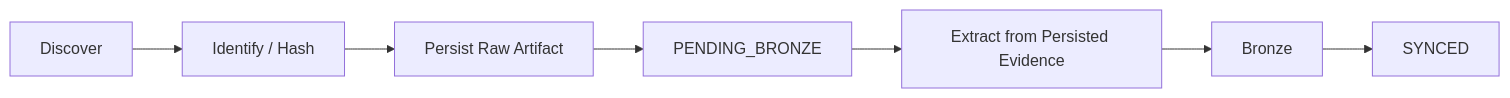
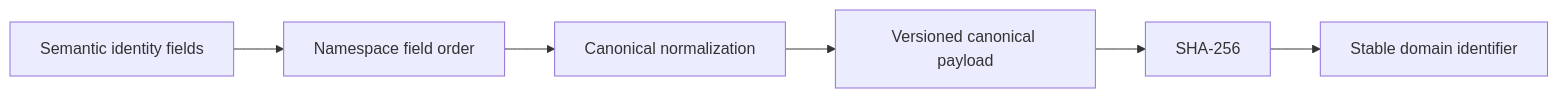
The fifth of 20 diagrams in README.md (tks18/personal-finance-etl), drawn with Mermaid before and after one commit. The commit also changed other lines of this file, not shown here.

````diff
--- a/README.md
+++ b/README.md
@@ -314,9 +248,8 @@
 ```mermaid
 flowchart LR
-    DISC["Discover"] --> HASH["Identify / Hash"]
-    HASH --> RAW["Persist Raw Artifact"]
-    RAW --> PEND["PENDING_BRONZE"]
-    PEND --> EXT["Extract from Persisted Evidence"]
-    EXT --> BR["Bronze"]
-    BR --> SYNC["SYNCED"]
+    F["Semantic identity fields"] --> O["Namespace field order"]
+    O --> N["Canonical normalization"]
+    N --> J["Versioned canonical payload"]
+    J --> H["SHA-256"]
+    H --> ID["Stable domain identifier"]
 ```
````
